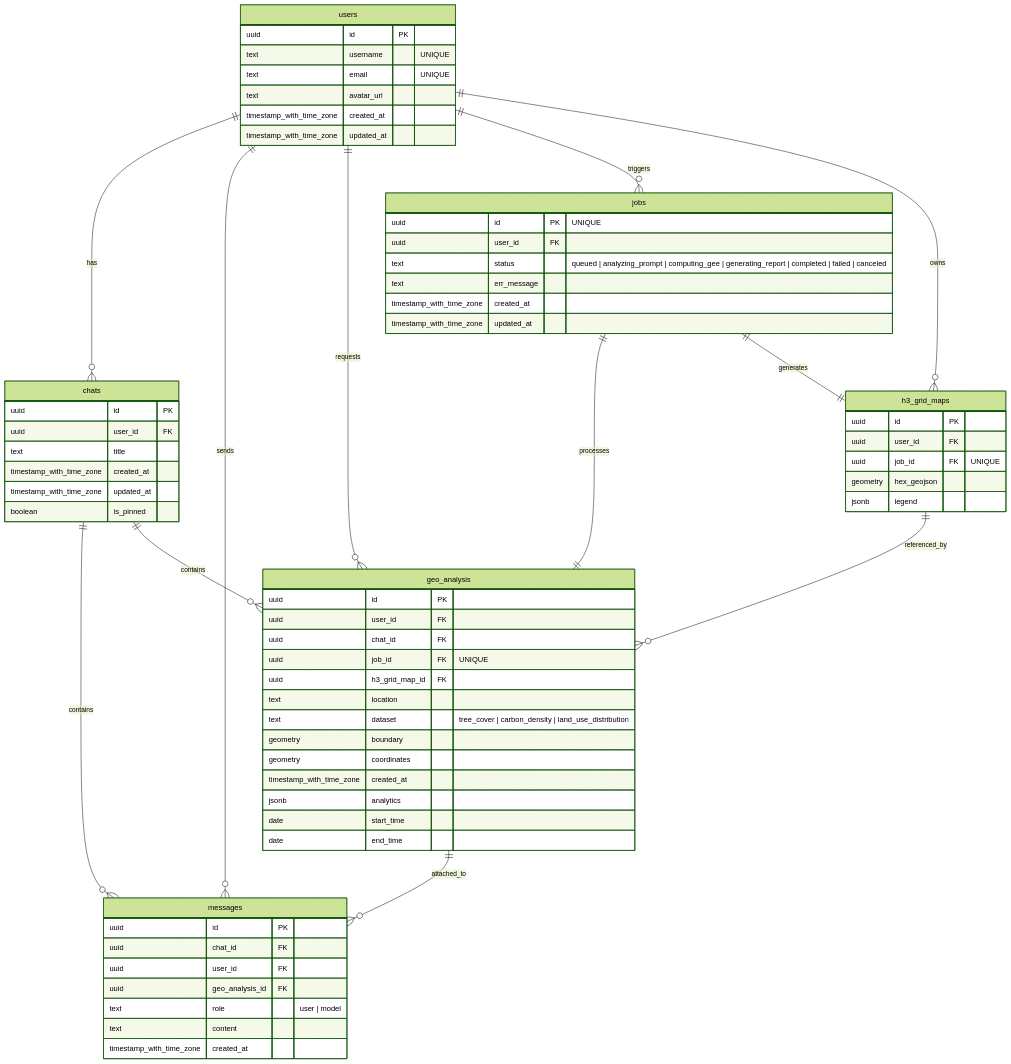
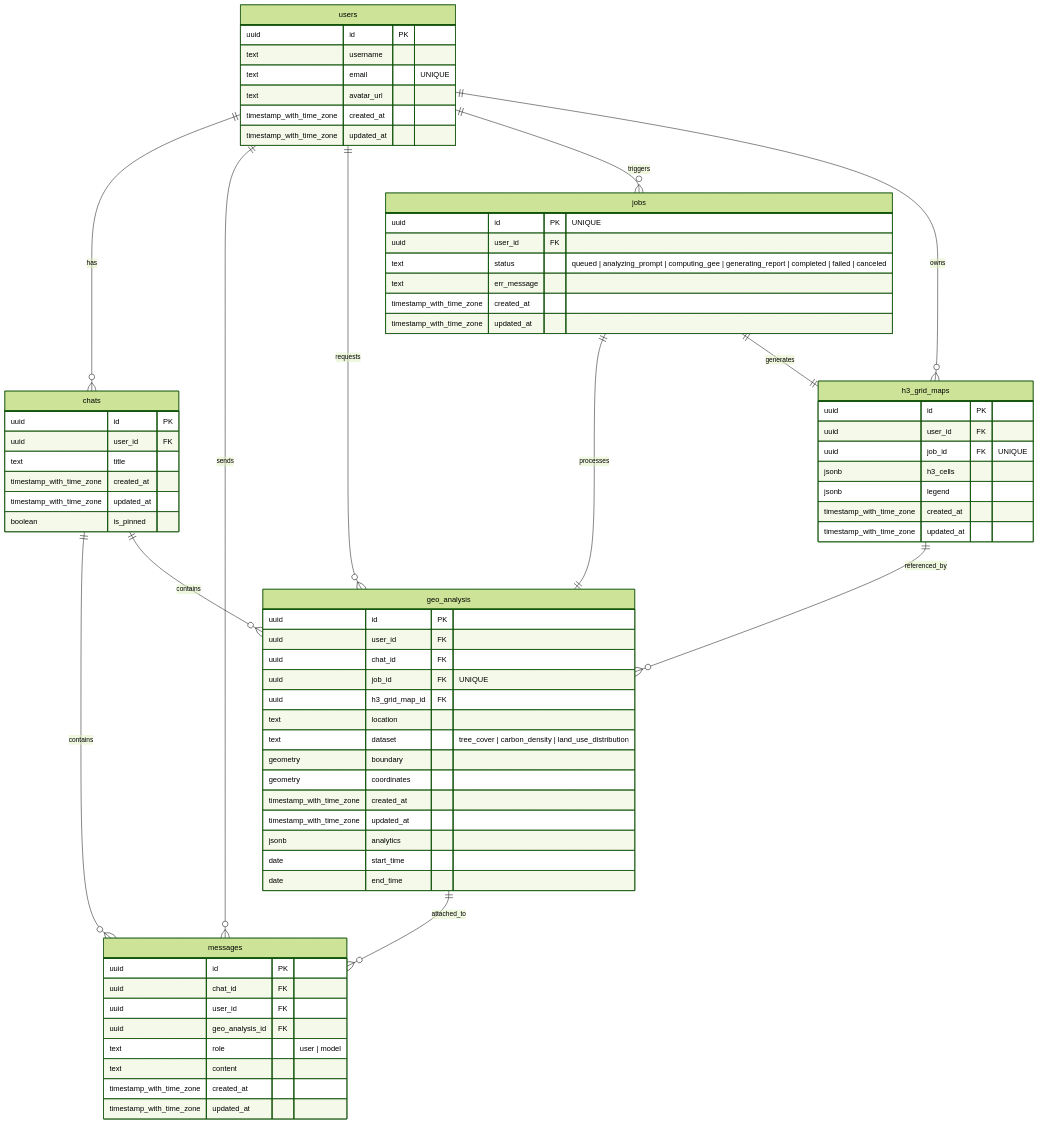
Before and after one commit to Harilala42/Canopiq: the diagram in README.md, drawn with Mermaid (forest theme). The commit also changed other lines of this file and 27 other files, not shown here.

````diff
--- a/README.md
+++ b/README.md
@@ -42,78 +42,82 @@
 ```mermaid
 erDiagram
-	users {
-		uuid id PK
-		text username "UNIQUE"
-		text email "UNIQUE"
-		text avatar_url
-		timestamp_with_time_zone created_at
-		timestamp_with_time_zone updated_at
-	}
+    users {
+        uuid id PK
+        text username
+        text email "UNIQUE"
+        text avatar_url
+        timestamp_with_time_zone created_at
+        timestamp_with_time_zone updated_at
+    }
 
-	chats {
-		uuid id PK
-		uuid user_id FK
-		text title
-		timestamp_with_time_zone created_at
-		timestamp_with_time_zone updated_at
-		boolean is_pinned
-	}
+    chats {
+        uuid id PK
+        uuid user_id FK
+        text title
+        timestamp_with_time_zone created_at
+        timestamp_with_time_zone updated_at
+        boolean is_pinned
+    }
 
-	messages {
-		uuid id PK
-		uuid chat_id FK
-		uuid user_id FK
-		uuid geo_analysis_id FK
-		text role "user | model"
-		text content
-		timestamp_with_time_zone created_at
-	}
+    messages {
+        uuid id PK
+        uuid chat_id FK
+        uuid user_id FK
+        uuid geo_analysis_id FK
+        text role "user | model"
+        text content
+        timestamp_with_time_zone created_at
+        timestamp_with_time_zone updated_at
+    }
 
-	geo_analysis {
-		uuid id PK
-		uuid user_id FK
-		uuid chat_id FK
-		uuid job_id FK "UNIQUE"
-		uuid h3_grid_map_id FK
-		text location
-		text dataset "tree_cover | carbon_density | land_use_distribution"
-		geometry boundary
-		geometry coordinates
-		timestamp_with_time_zone created_at
-		jsonb analytics
-		date start_time
-		date end_time
-	}
+    geo_analysis {
+        uuid id PK
+        uuid user_id FK
+        uuid chat_id FK
+        uuid job_id FK "UNIQUE"
+        uuid h3_grid_map_id FK
+        text location
+        text dataset "tree_cover | carbon_density | land_use_distribution"
+        geometry boundary
+        geometry coordinates
+        timestamp_with_time_zone created_at
+        timestamp_with_time_zone updated_at
+        jsonb analytics
+        date start_time
+        date end_time
+    }
 
-	jobs {
-		uuid id PK "UNIQUE"
-		uuid user_id FK
-		text status "queued | analyzing_prompt | computing_gee | generating_report | completed | failed | canceled"
-		text err_message
-		timestamp_with_time_zone created_at
-		timestamp_with_time_zone updated_at
-	}
+    jobs {
+        uuid id PK "UNIQUE"
+        uuid user_id FK
+        text status "queued | analyzing_prompt | computing_gee | generating_report | completed | failed | canceled"
+        text err_message
+        timestamp_with_time_zone created_at
+        timestamp_with_time_zone updated_at
+    }
 
-	h3_grid_maps {
-		uuid id PK
-		uuid user_id FK
-		uuid job_id FK "UNIQUE"
-		geometry hex_geojson
-		jsonb legend
-	}
+    h3_grid_maps {
+        uuid id PK
+        uuid user_id FK
+        uuid job_id FK "UNIQUE"
+        jsonb h3_cells
+        jsonb legend
+        timestamp_with_time_zone created_at
+        timestamp_with_time_zone updated_at
+    }
 
-	users ||--o{ chats : "has"
-	users ||--o{ messages : "sends"
-	users ||--o{ geo_analysis : "requests"
-	users ||--o{ jobs : "triggers"
-	users ||--o{ h3_grid_maps : "owns"
+    users ||--o{ chats : "has"
+    users ||--o{ messages : "sends"
+    users ||--o{ geo_analysis : "requests"
+    users ||--o{ jobs : "triggers"
+    users ||--o{ h3_grid_maps : "owns"
 
-	chats ||--o{ messages : "contains"
-	chats ||--o{ geo_analysis : "contains"
+    chats ||--o{ messages : "contains"
+    chats ||--o{ geo_analysis : "contains"
 
-	jobs ||--|| geo_analysis : "processes"
-	jobs ||--|| h3_grid_maps : "generates"
+    jobs ||--|| geo_analysis : "processes"
+    jobs ||--|| h3_grid_maps : "generates"
 
-	h3_grid_maps ||--o{ geo_analysis : "referenced_by"
-	geo_analysis ||--o{ messages : "attached_to"
+    h3_grid_maps ||--o{ geo_analysis : "referenced_by"
+    geo_analysis ||--o{ messages : "attached_to"
 ```
````
